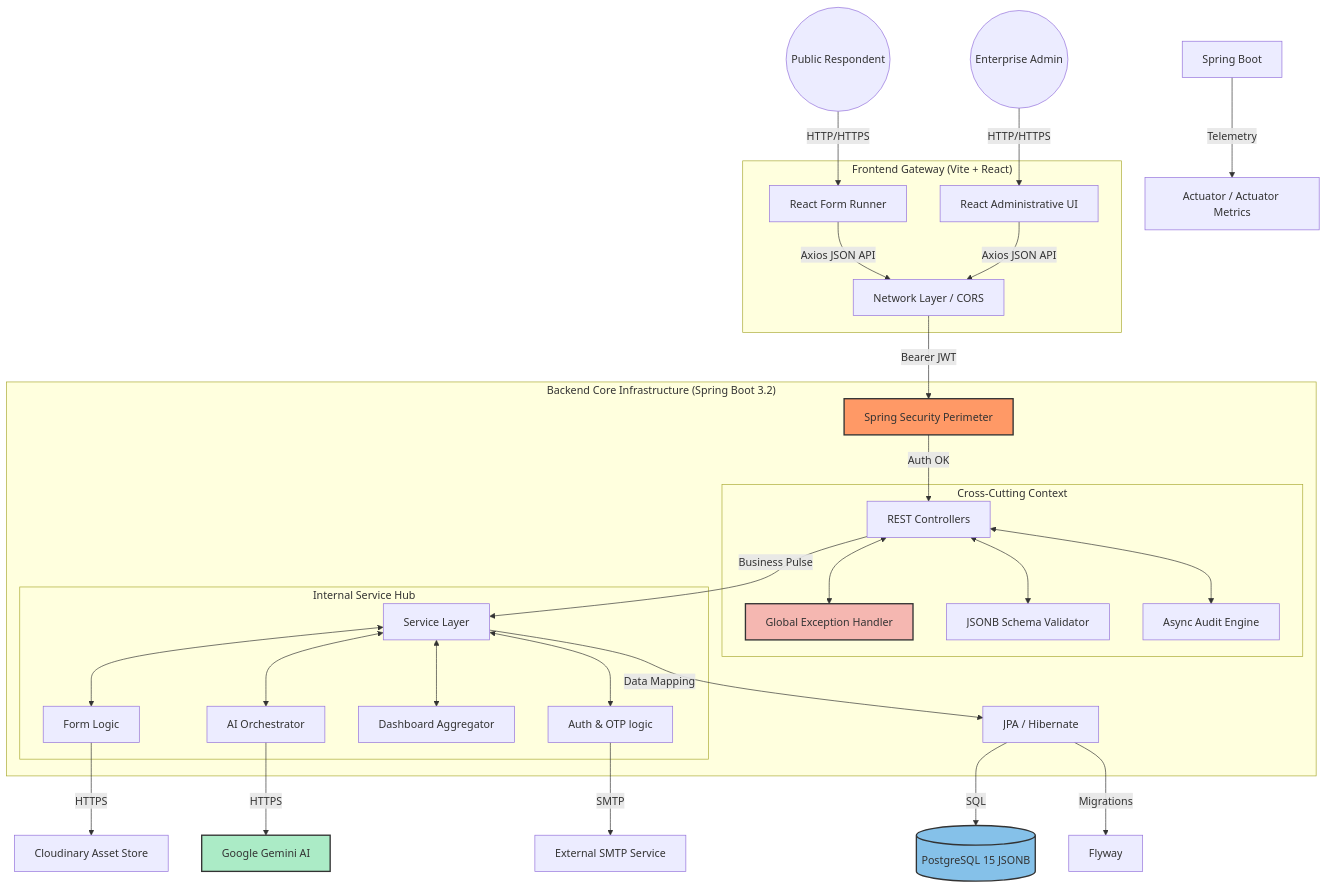
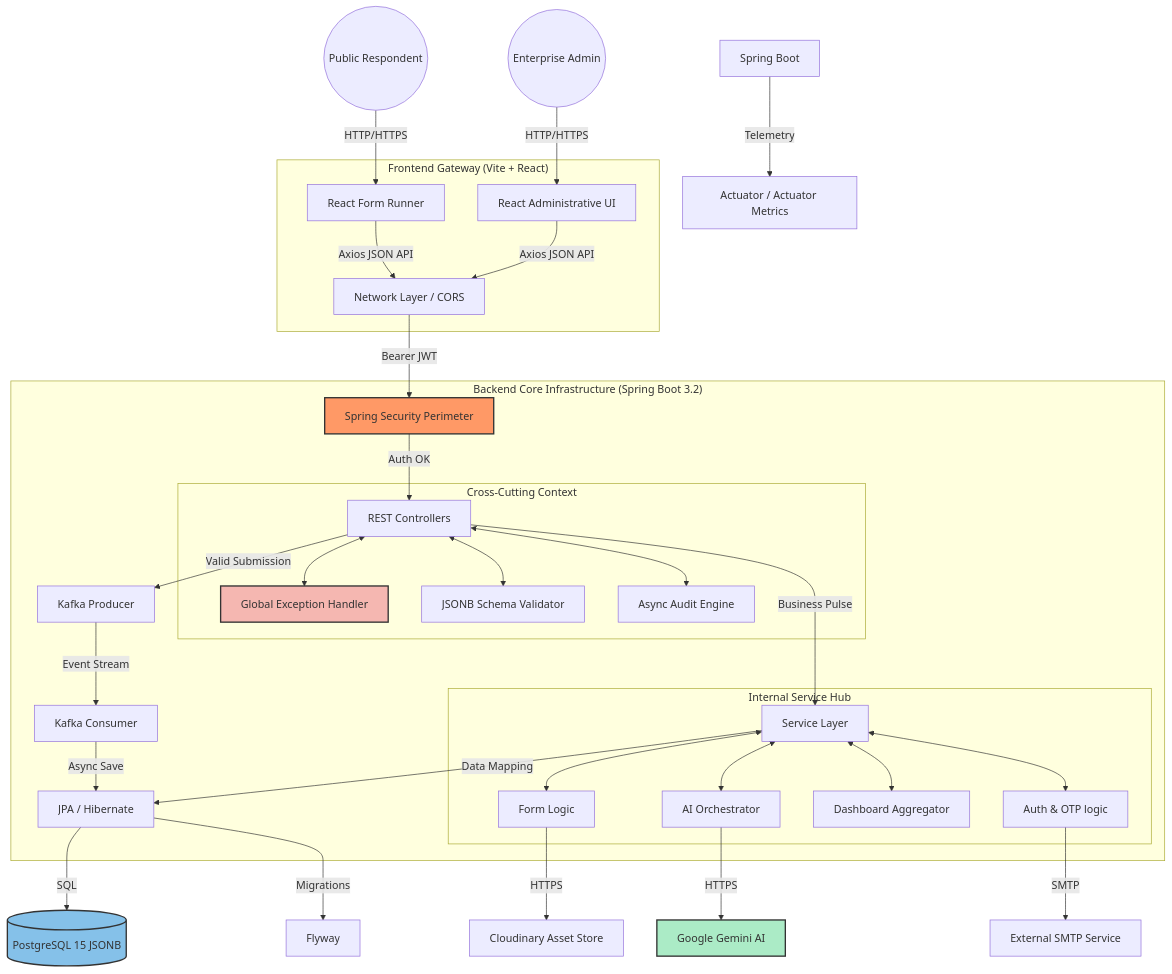
The first of 6 diagrams in docs/Architecture.md (bluepal-ashok-patcha/FormCraft), drawn with Mermaid before and after one commit. The commit also changed 2 other files, not shown here.

Commit message:
feat: add Kafka integration for event streaming; update docker-compose for Kafka and Zookeeper services; enhance architecture and lifecycle documentation to reflect new submission orchestration

````diff
--- a/docs/Architecture.md
+++ b/docs/Architecture.md
@@ -26,50 +26,54 @@
 ```mermaid
 graph TD
     %% Client & Network Entry
     Respondent((Public Respondent)) -->|HTTP/HTTPS| F1[React Form Runner]
     Admin((Enterprise Admin)) -->|HTTP/HTTPS| F2[React Administrative UI]
     
     subgraph "Frontend Gateway (Vite + React)"
         F1 & F2 -->|Axios JSON API| Net[Network Layer / CORS]
     end
 
     Net -->|Bearer JWT| Sec[Spring Security Perimeter]
 
     subgraph "Backend Core Infrastructure (Spring Boot 3.2)"
         Sec -->|Auth OK| Ctrl[REST Controllers]
         
         subgraph "Cross-Cutting Context"
             Ctrl <--> GEH[Global Exception Handler]
             Ctrl <--> Val[JSONB Schema Validator]
             Ctrl <--> Aud[Async Audit Engine]
         end
+        
+        Ctrl -->|Valid Submission| KPro[Kafka Producer]
+        KPro -->|Event Stream| KCons[Kafka Consumer]
+        KCons -->|Async Save| Map[JPA / Hibernate]
         
         Ctrl -->|Business Pulse| Svc[Service Layer]
         
         subgraph "Internal Service Hub"
             Svc <--> Form[Form Logic]
             Svc <--> AI[AI Orchestrator]
             Svc <--> Stat[Dashboard Aggregator]
             Svc <--> SecSvc[Auth & OTP logic]
         end
         
         Svc -->|Data Mapping| Map[JPA / Hibernate]
     end
 
     %% Persistence & External Layer
     Map -->|SQL| DB[(PostgreSQL 15 JSONB)]
     Map -->|Migrations| FW[Flyway]
     
     SecSvc -->|SMTP| Mail[External SMTP Service]
     AI -->|HTTPS| Gemini[Google Gemini AI]
     Form -->|HTTPS| Cloud[Cloudinary Asset Store]
     
     %% Monitoring
     Backend[Spring Boot] -->|Telemetry| Act[Actuator / Actuator Metrics]
     
     %% Styling
     style Sec fill:#f96,stroke:#333,stroke-width:2px
     style DB fill:#85c1e9,stroke:#333,stroke-width:2px
     style Gemini fill:#abebc6,stroke:#333,stroke-width:2px
     style GEH fill:#f5b7b1,stroke:#333,stroke-width:2px
 ```
````
